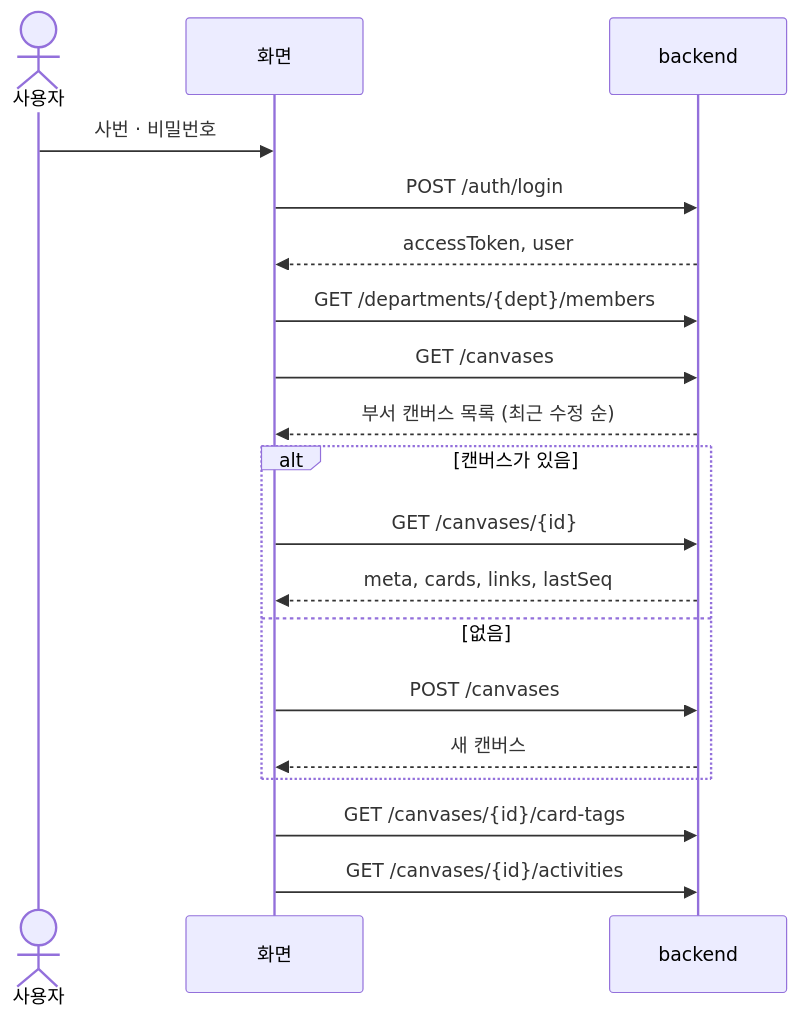
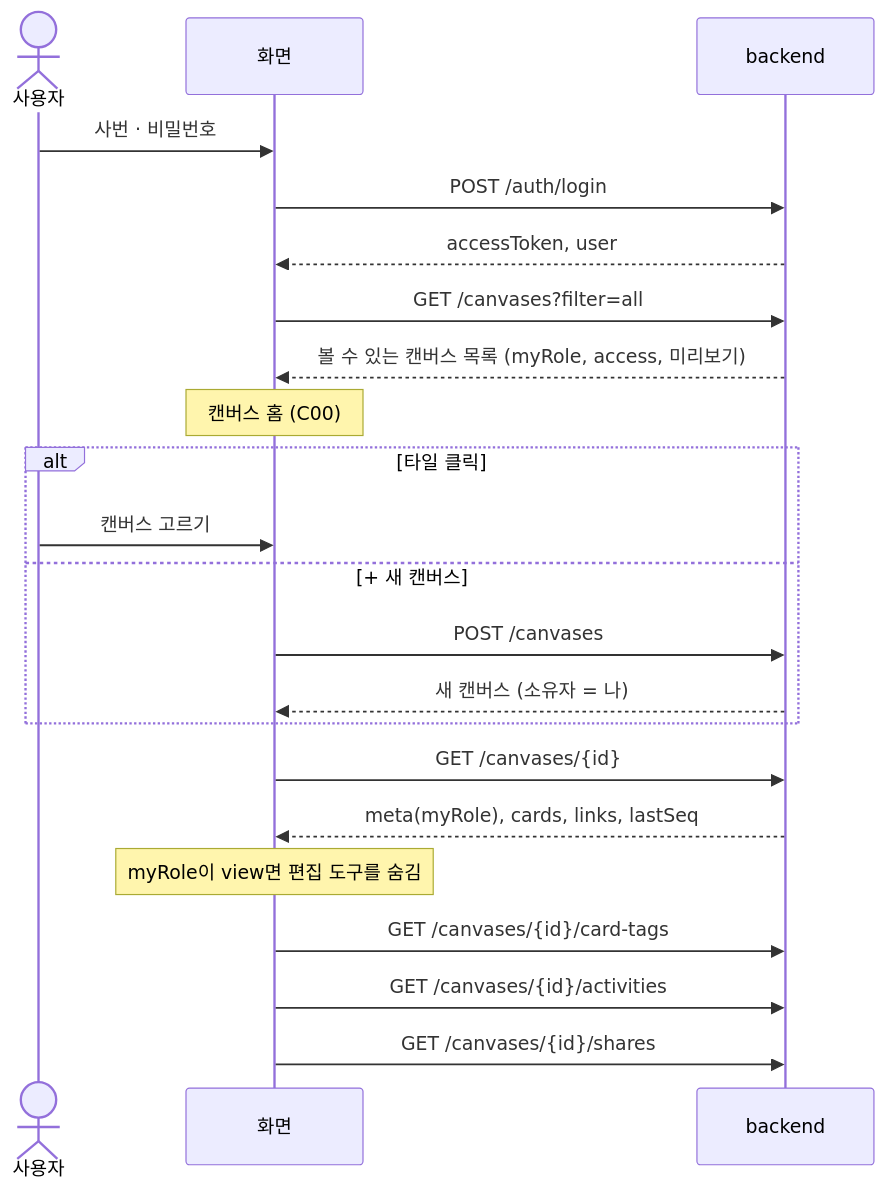
One commit to vamos-team/telescope changed the second of 7 diagrams in docs/frontend/api-diagram.md. Above: the diagram before and after it, drawn with Mermaid. The commit also changed other lines of this file and 2 other files, not shown here.

````diff
--- a/docs/frontend/api-diagram.md
+++ b/docs/frontend/api-diagram.md
@@ -46,22 +52,25 @@
 ```mermaid
 sequenceDiagram
   actor U as 사용자
   participant F as 화면
   participant B as backend
 
   U->>F: 사번 · 비밀번호
   F->>B: POST /auth/login
   B-->>F: accessToken, user
-  F->>B: GET /departments/{dept}/members
-  F->>B: GET /canvases
-  B-->>F: 부서 캔버스 목록 (최근 수정 순)
-  alt 캔버스가 있음
-    F->>B: GET /canvases/{id}
-    B-->>F: meta, cards, links, lastSeq
-  else 없음
+  F->>B: GET /canvases?filter=all
+  B-->>F: 볼 수 있는 캔버스 목록 (myRole, access, 미리보기)
+  Note over F: 캔버스 홈 (C00)
+  alt 타일 클릭
+    U->>F: 캔버스 고르기
+  else + 새 캔버스
     F->>B: POST /canvases
-    B-->>F: 새 캔버스
+    B-->>F: 새 캔버스 (소유자 = 나)
   end
+  F->>B: GET /canvases/{id}
+  B-->>F: meta(myRole), cards, links, lastSeq
+  Note over F: myRole이 view면 편집 도구를 숨김
   F->>B: GET /canvases/{id}/card-tags
   F->>B: GET /canvases/{id}/activities
+  F->>B: GET /canvases/{id}/shares
 ```
````
